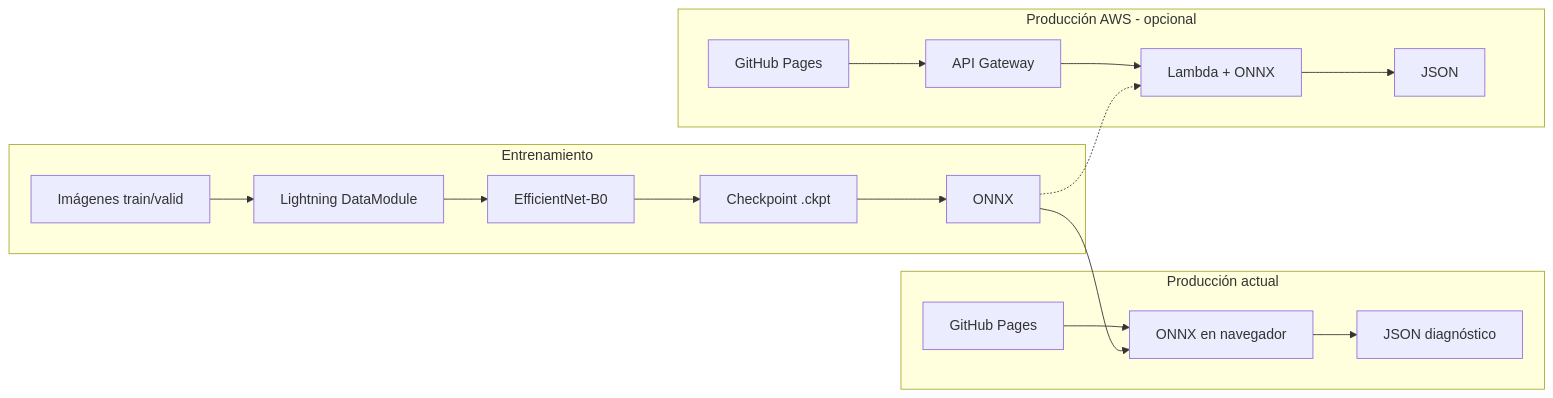
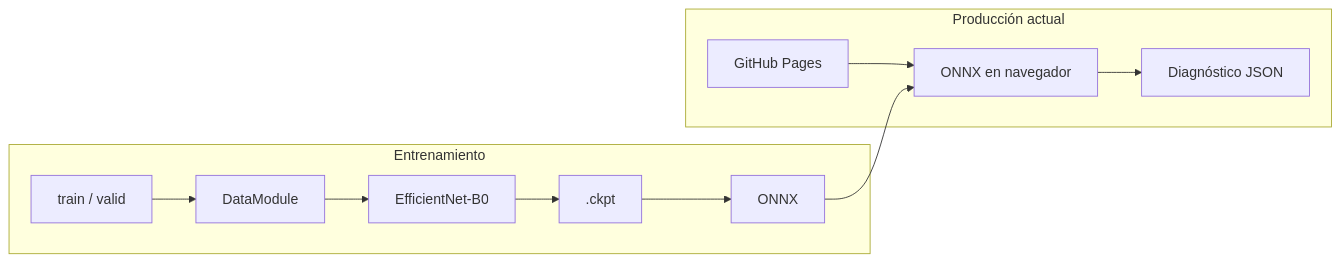
One commit to danielrpo1/plant-disease-detector changed the second of 2 diagrams in README.md. Above: the diagram before and after it, drawn with Mermaid. The commit also changed other lines of this file and 6 other files, not shown here.

````diff
--- a/README.md
+++ b/README.md
@@ -154,20 +81,14 @@
 ```mermaid
 flowchart LR
   subgraph train [Entrenamiento]
-    A[Imágenes train/valid] --> B[Lightning DataModule]
+    A[train / valid] --> B[DataModule]
     B --> C[EfficientNet-B0]
-    C --> D[Checkpoint .ckpt]
+    C --> D[.ckpt]
     D --> E[ONNX]
   end
   subgraph serve [Producción actual]
     F[GitHub Pages] --> N[ONNX en navegador]
-    N --> I[JSON diagnóstico]
-  end
-  subgraph serve_aws [Producción AWS - opcional]
-    F2[GitHub Pages] --> G[API Gateway]
-    G --> H[Lambda + ONNX]
-    H --> I2[JSON]
+    N --> J[Diagnóstico JSON]
   end
   E --> N
-  E -.-> H
 ```
````
